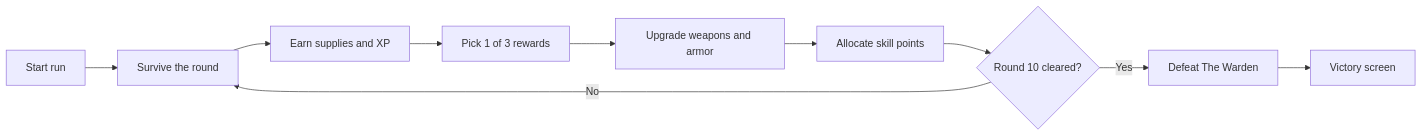
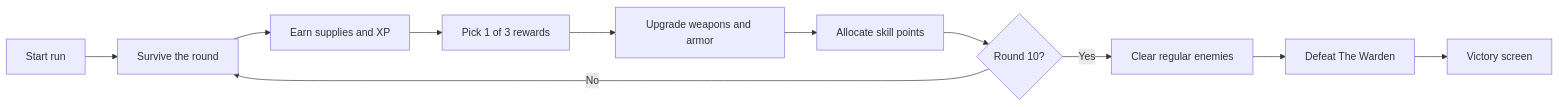
The first of 2 diagrams in README.md (jb-coder/JabaSurvivol), drawn with Mermaid before and after one commit. The commit also changed other lines of this file and 1 other file, not shown here.

````diff
--- a/README.md
+++ b/README.md
@@ -84,12 +85,13 @@
 ```mermaid
 flowchart LR
     A["Start run"] --> B["Survive the round"]
     B --> C["Earn supplies and XP"]
     C --> D["Pick 1 of 3 rewards"]
     D --> E["Upgrade weapons and armor"]
     E --> F["Allocate skill points"]
-    F --> G{"Round 10 cleared?"}
+    F --> G{"Round 10?"}
     G -- "No" --> B
-    G -- "Yes" --> H["Defeat The Warden"]
-    H --> I["Victory screen"]
+    G -- "Yes" --> H["Clear regular enemies"]
+    H --> I["Defeat The Warden"]
+    I --> J["Victory screen"]
 ```
````
